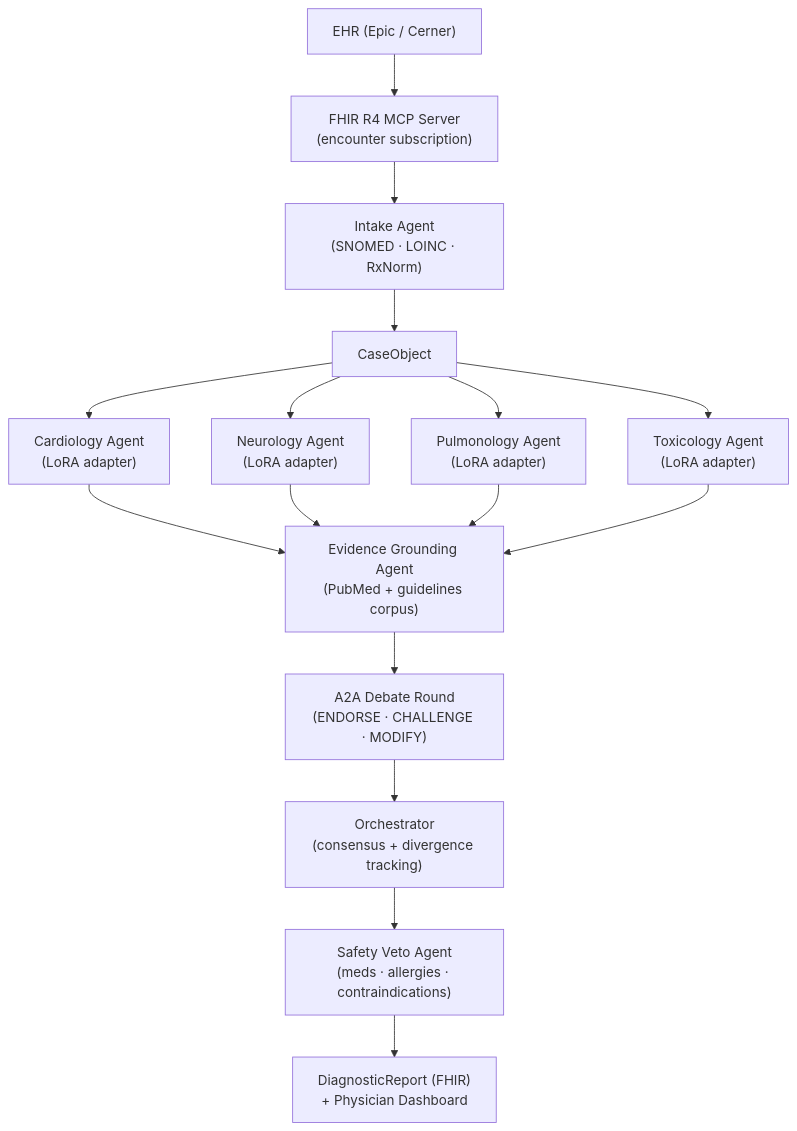
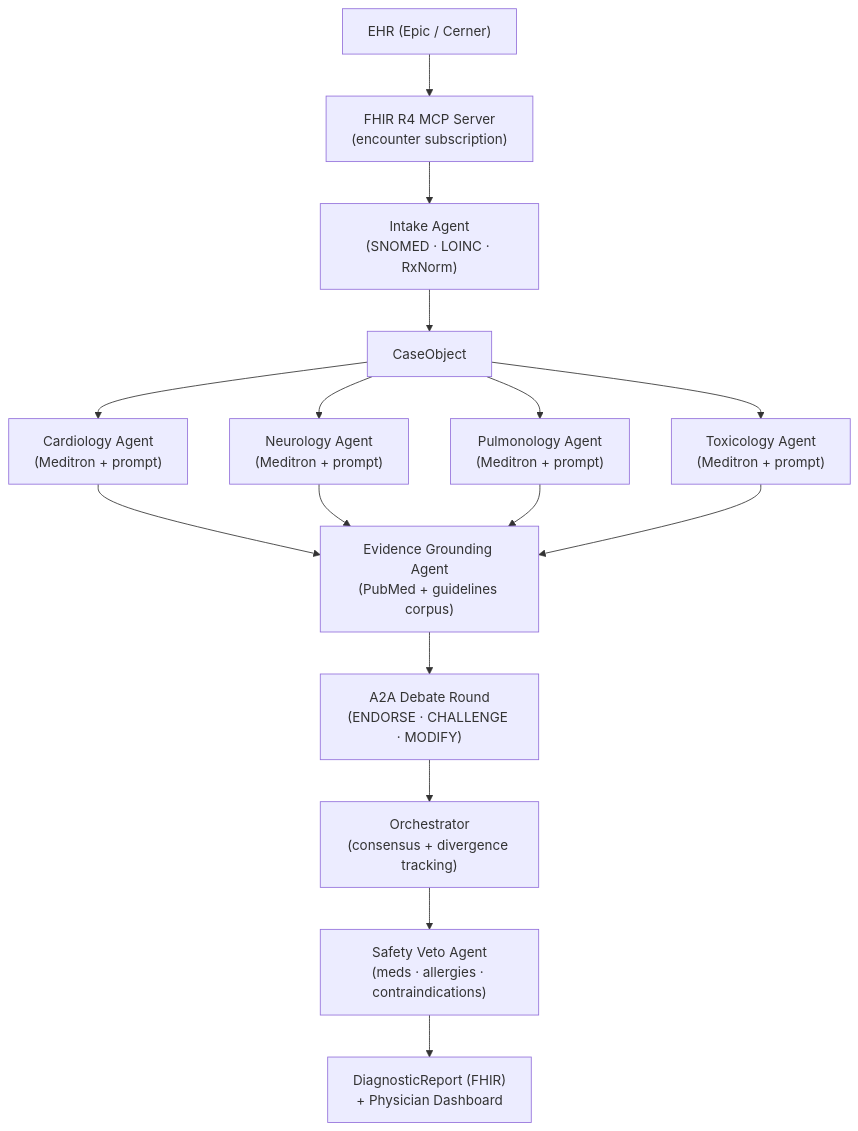
Before and after one commit to noahvar15/shadi: the diagram in README.md, drawn with Mermaid. The commit also changed other lines of this file and 31 other files, not shown here.

````diff
--- a/README.md
+++ b/README.md
@@ -17,23 +17,23 @@
 ```mermaid
 flowchart TD
     EHR["EHR (Epic / Cerner)"]
     MCP["FHIR R4 MCP Server\n(encounter subscription)"]
     Intake["Intake Agent\n(SNOMED · LOINC · RxNorm)"]
     CaseObj["CaseObject"]
 
-    Cardio["Cardiology Agent\n(LoRA adapter)"]
-    Neuro["Neurology Agent\n(LoRA adapter)"]
-    Pulm["Pulmonology Agent\n(LoRA adapter)"]
-    Tox["Toxicology Agent\n(LoRA adapter)"]
+    Cardio["Cardiology Agent\n(Meditron + prompt)"]
+    Neuro["Neurology Agent\n(Meditron + prompt)"]
+    Pulm["Pulmonology Agent\n(Meditron + prompt)"]
+    Tox["Toxicology Agent\n(Meditron + prompt)"]
 
     Evidence["Evidence Grounding Agent\n(PubMed + guidelines corpus)"]
     Debate["A2A Debate Round\n(ENDORSE · CHALLENGE · MODIFY)"]
     Orchestrator["Orchestrator\n(consensus + divergence tracking)"]
     Veto["Safety Veto Agent\n(meds · allergies · contraindications)"]
     Output["DiagnosticReport (FHIR)\n+ Physician Dashboard"]
 
     EHR --> MCP --> Intake --> CaseObj
     CaseObj --> Cardio & Neuro & Pulm & Tox
     Cardio & Neuro & Pulm & Tox --> Evidence
     Evidence --> Debate --> Orchestrator --> Veto --> Output
 ```
````
